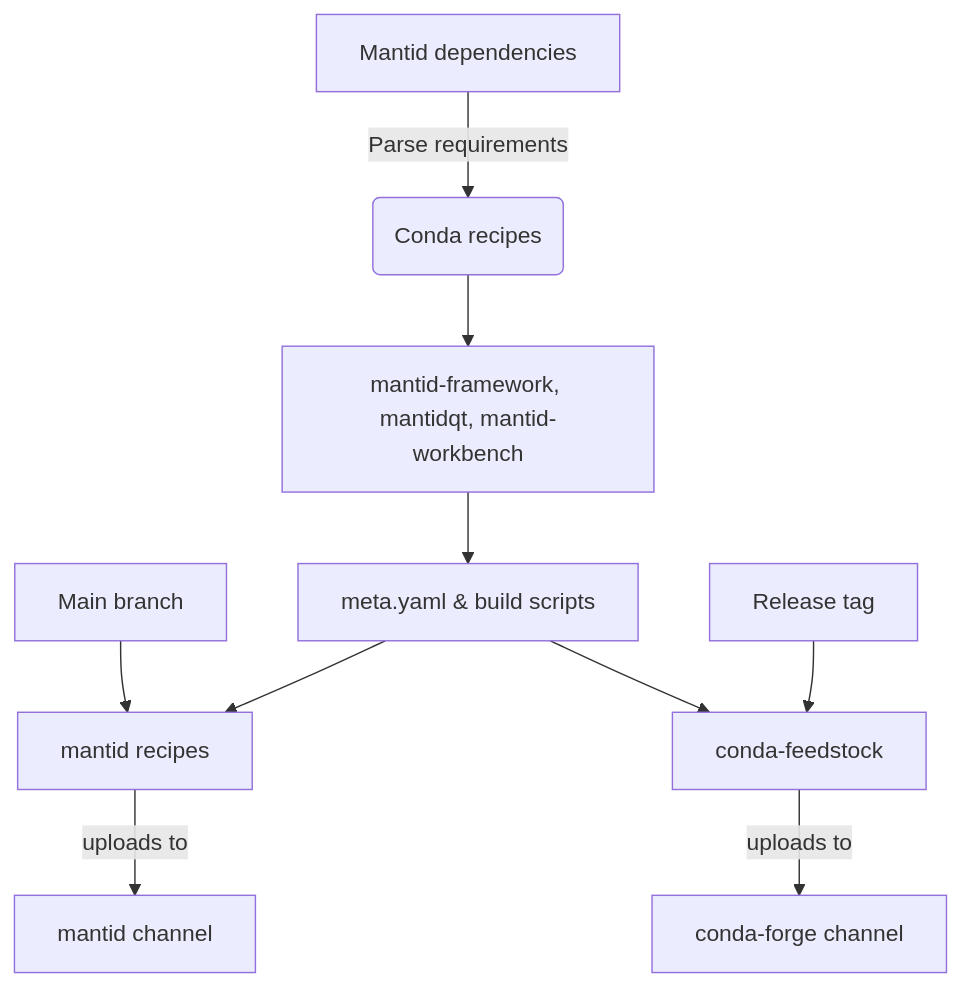
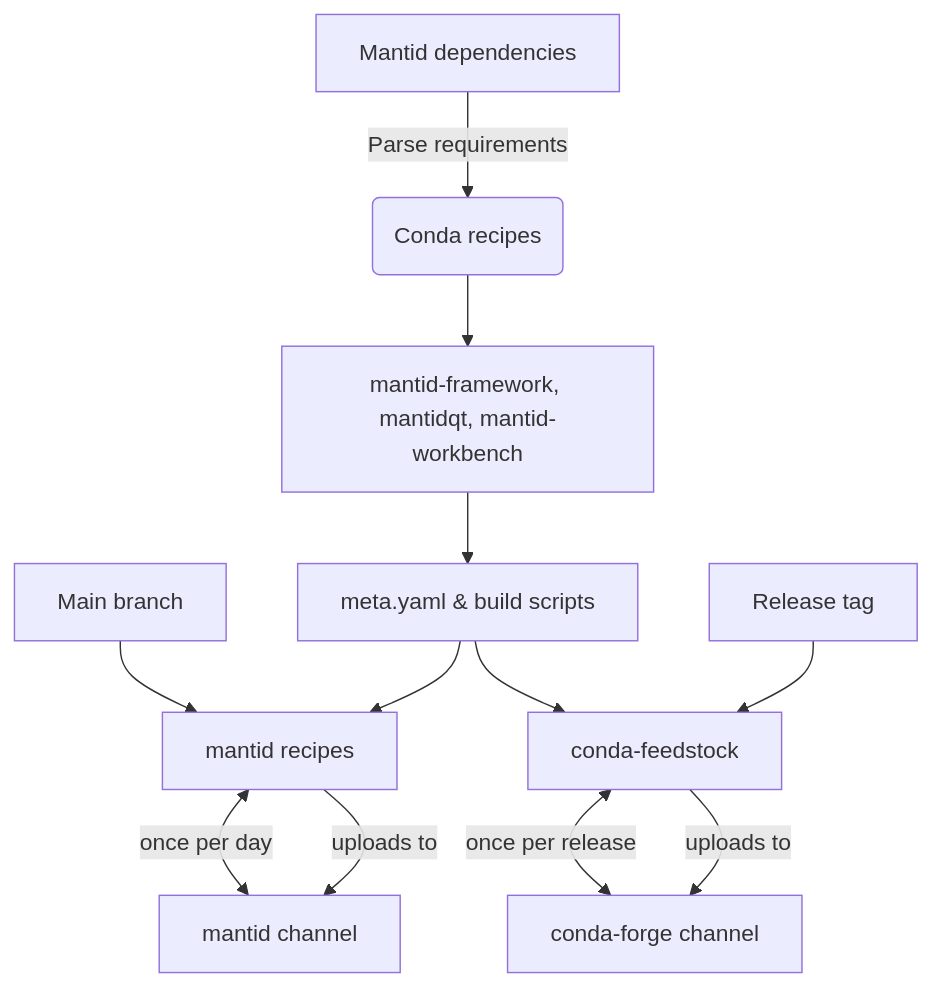
Before and after one commit to StephenSmith25/handoverdocs: the diagram in conda_build.md, drawn with Mermaid. The commit also changed other lines of this file and 6 other files, not shown here.

````diff
--- a/conda_build.md
+++ b/conda_build.md
@@ -3,17 +2,19 @@
 ```mermaid
 graph TD
     A[Mantid dependencies] -->|Parse requirements| B(Conda recipes)   
 
     B --> F[mantid-framework, mantidqt, mantid-workbench] 
 
     AA[Main branch] --> G
     L --> H
     BB[Release tag] -->  H[conda-feedstock]
     L --> G[mantid recipes]
 
     F -->L[meta.yaml & build scripts]
     
     G --> |uploads to|I[mantid channel]
     H --> |uploads to|J[conda-forge channel]
 
+    I <--> |once per day|G
+    J <--> |once per release|H
 ```
````
